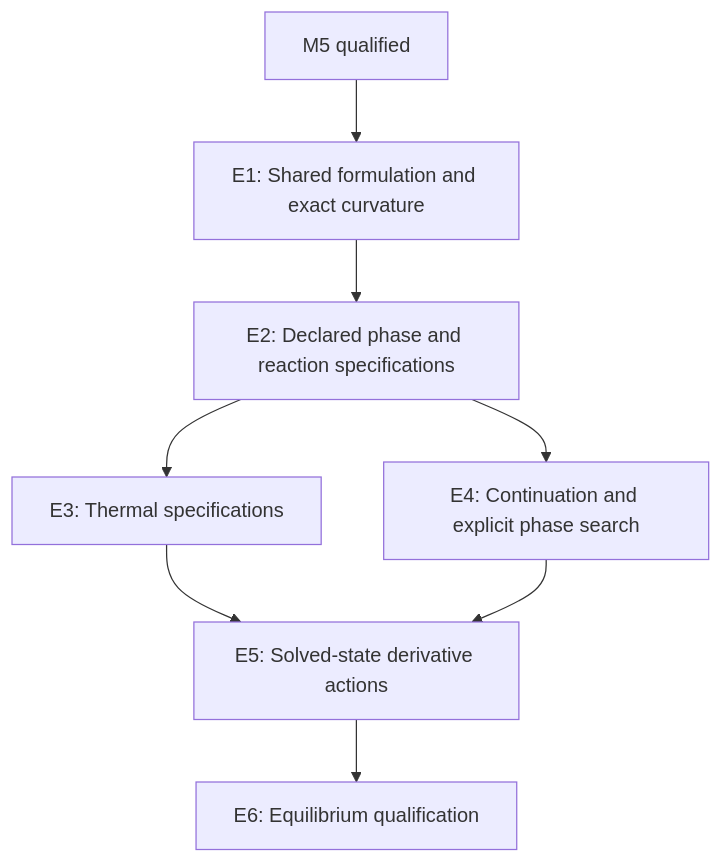
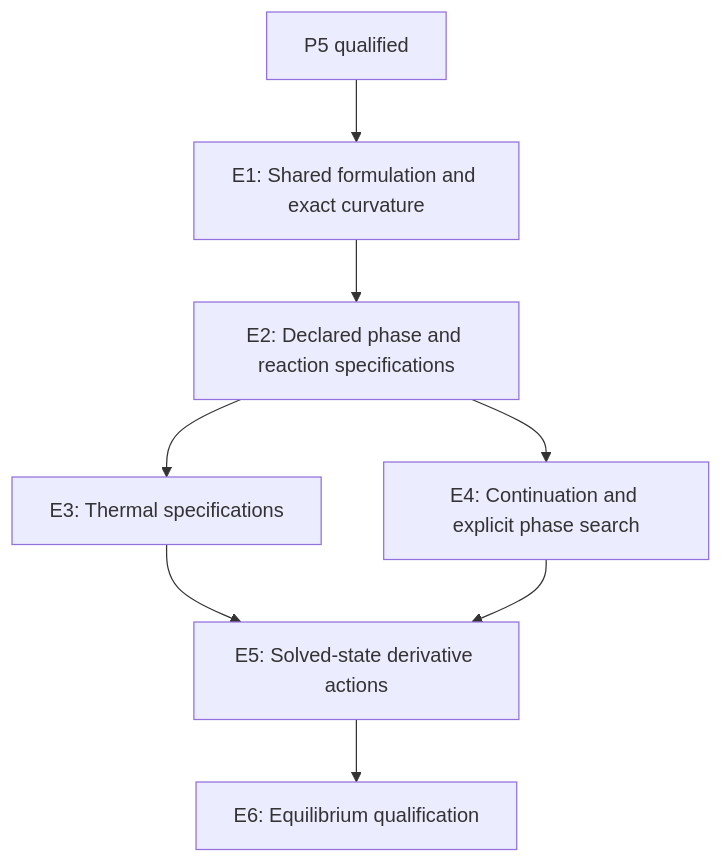
Before and after one commit to tannerpolley/epcsaft: the fifth of 9 diagrams in docs/scientific/implementation-plan.md, drawn with Mermaid. The commit also changed other lines of this file and 9 other files, not shown here.

````diff
--- a/docs/scientific/implementation-plan.md
+++ b/docs/scientific/implementation-plan.md
@@ -326,17 +328,17 @@
 ```mermaid
 flowchart TD
-  start["M5 qualified"]
+  start["P5 qualified"]
   E1["E1: Shared formulation and exact curvature"]
   start --> E1
   E2["E2: Declared phase and reaction specifications"]
   E1 --> E2
   E3["E3: Thermal specifications"]
   E2 --> E3
   E4["E4: Continuation and explicit phase search"]
   E2 --> E4
   E5["E5: Solved-state derivative actions"]
   E3 --> E5
   E4 --> E5
   E6["E6: Equilibrium qualification"]
   E5 --> E6
 ```
````
